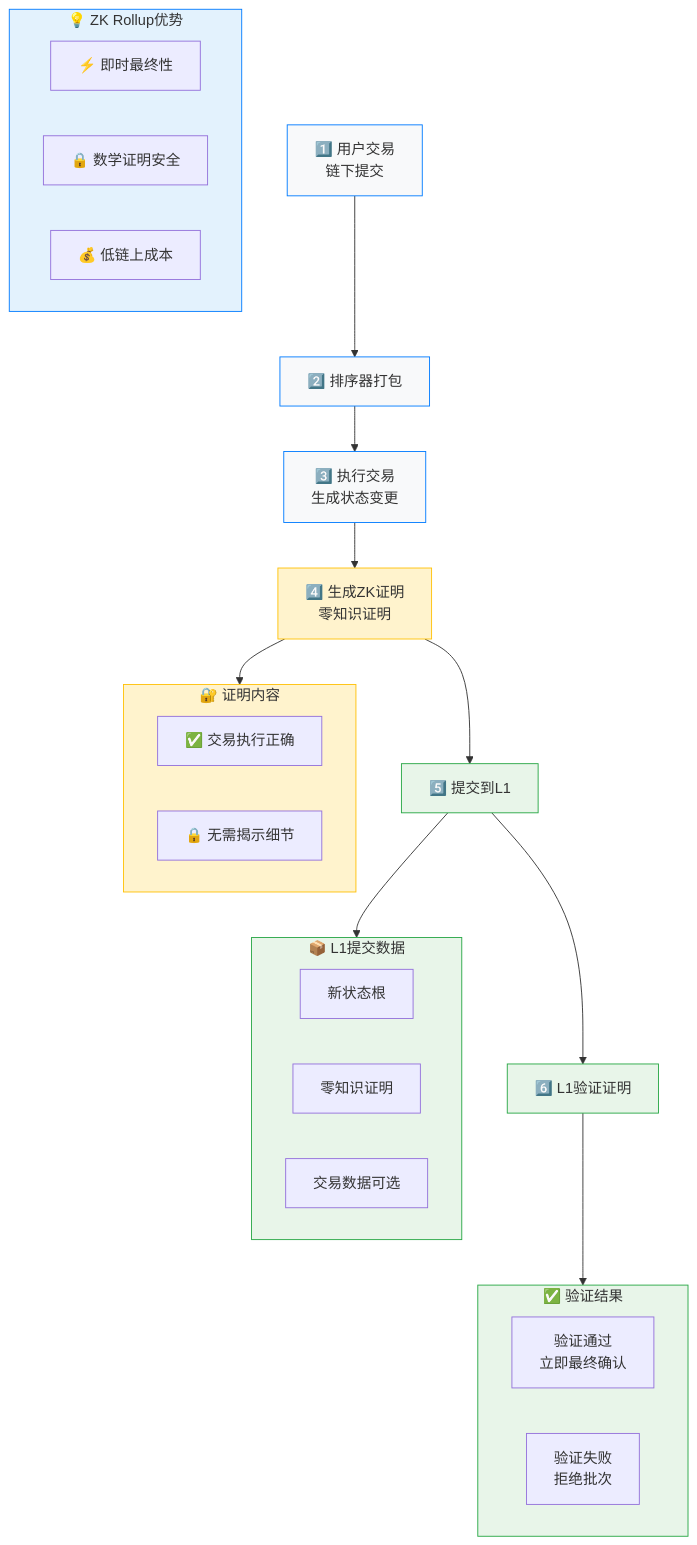
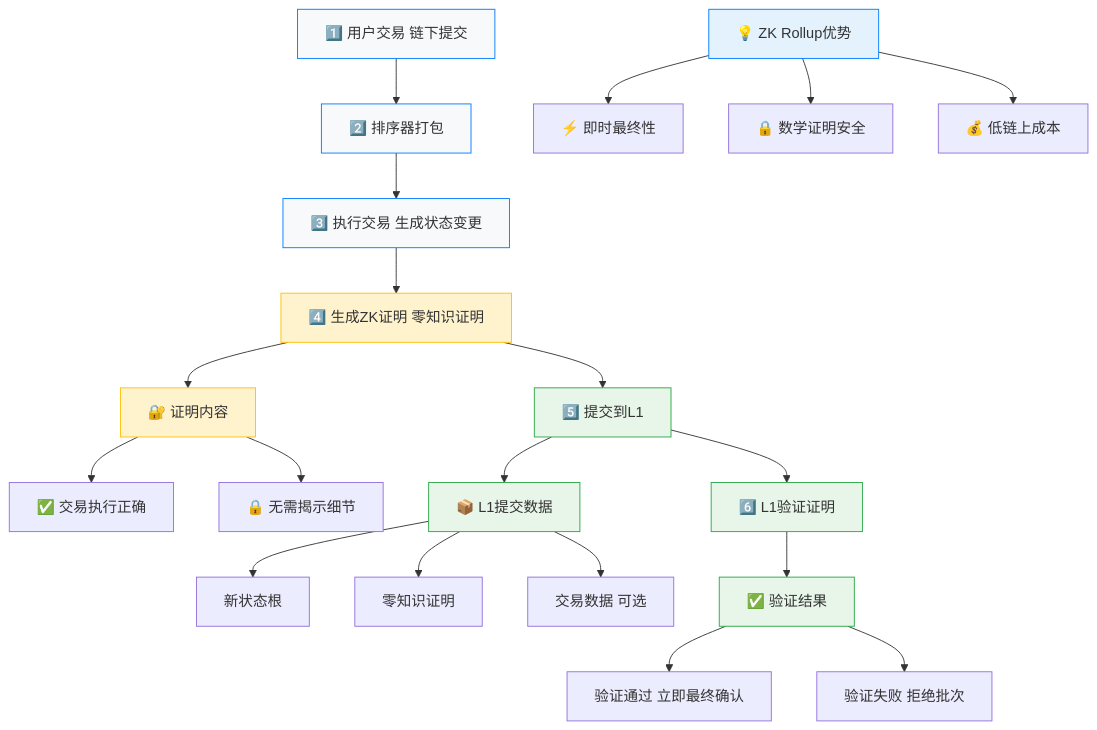
One commit to web3-wallet-org/web3-wallet-notes changed the fourth of 9 diagrams in docs/《精通以太坊》/第16章-以太坊扩容.md. Above: the diagram before and after it, drawn with Mermaid. The commit also changed other lines of this file and 5 other files, not shown here.

````diff
--- a/docs/《精通以太坊》/第16章-以太坊扩容.md
+++ b/docs/《精通以太坊》/第16章-以太坊扩容.md
@@ -296,51 +302,56 @@
 ```mermaid
 graph TD
-    A["1️⃣ 用户交易<br/>链下提交"] --> B["2️⃣ 排序器打包"]
-    B --> C["3️⃣ 执行交易<br/>生成状态变更"]
-    C --> D["4️⃣ 生成ZK证明<br/>零知识证明"]
+    A["1️⃣ 用户交易 链下提交"] --> B["2️⃣ 排序器打包"]
+    B --> C["3️⃣ 执行交易 生成状态变更"]
+    C --> D["4️⃣ 生成ZK证明 零知识证明"]
     
-    subgraph ZKProof["🔐 证明内容"]
-        direction LR
-        ValidProof["✅ 交易执行正确"]
-        Privacy["🔒 无需揭示细节"]
-    end
+    ZKProof["🔐 证明内容"]
+    ValidProof["✅ 交易执行正确"]
+    Privacy["🔒 无需揭示细节"]
     
     D --> ZKProof
+    ZKProof --> ValidProof
+    ZKProof --> Privacy
+    
     D --> E["5️⃣ 提交到L1"]
     
-    subgraph L1Submit["📦 L1提交数据"]
-        direction LR
-        NewStateRoot["新状态根"]
-        ZKProofData["零知识证明"]
-        TxData["交易数据可选"]
-    end
+    L1Submit["📦 L1提交数据"]
+    NewStateRoot["新状态根"]
+    ZKProofData["零知识证明"]
+    TxData["交易数据 可选"]
     
     E --> L1Submit
+    L1Submit --> NewStateRoot
+    L1Submit --> ZKProofData
+    L1Submit --> TxData
+    
     E --> F["6️⃣ L1验证证明"]
     
-    subgraph Verification["✅ 验证结果"]
-        direction LR
-        Pass["验证通过<br/>立即最终确认"]
-        Fail["验证失败<br/>拒绝批次"]
-    end
+    Verification["✅ 验证结果"]
+    Pass["验证通过 立即最终确认"]
+    Fail["验证失败 拒绝批次"]
     
     F --> Verification
+    Verification --> Pass
+    Verification --> Fail
     
-    subgraph Advantages["💡 ZK Rollup优势"]
-        direction LR
-        InstantFinality["⚡ 即时最终性"]
-        MathSecurity["🔒 数学证明安全"]
-        LowCost["💰 低链上成本"]
-    end
+    Advantages["💡 ZK Rollup优势"]
+    InstantFinality["⚡ 即时最终性"]
+    MathSecurity["🔒 数学证明安全"]
+    LowCost["💰 低链上成本"]
+    
+    Advantages --> InstantFinality
+    Advantages --> MathSecurity
+    Advantages --> LowCost
     
     style A fill:#f8f9fa,stroke:#007bff,color:#333
     style B fill:#f8f9fa,stroke:#007bff,color:#333
     style C fill:#f8f9fa,stroke:#007bff,color:#333
     style D fill:#fff3cd,stroke:#ffc107,color:#333
     style ZKProof fill:#fff3cd,stroke:#ffc107,color:#333
     style E fill:#e8f5e9,stroke:#28a745,color:#333
     style L1Submit fill:#e8f5e9,stroke:#28a745,color:#333
     style F fill:#e8f5e9,stroke:#28a745,color:#333
     style Verification fill:#e8f5e9,stroke:#28a745,color:#333
     style Advantages fill:#e3f2fd,stroke:#007bff,color:#333
 ```
````
